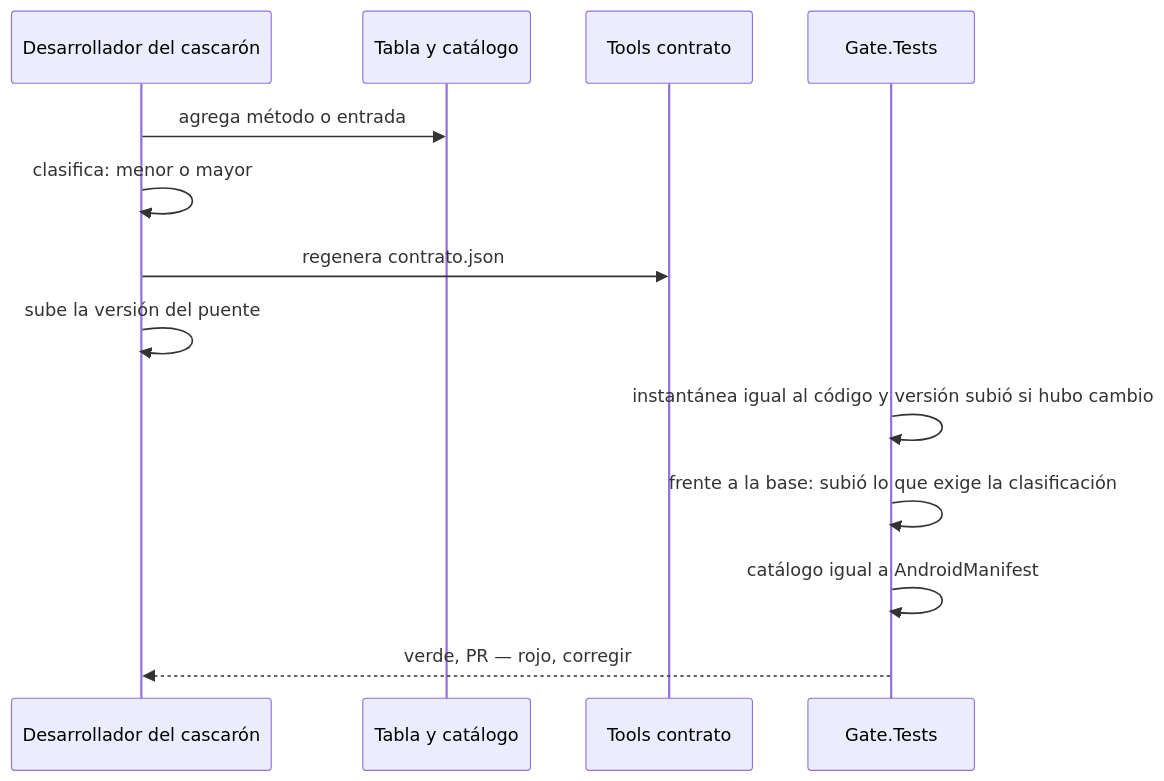
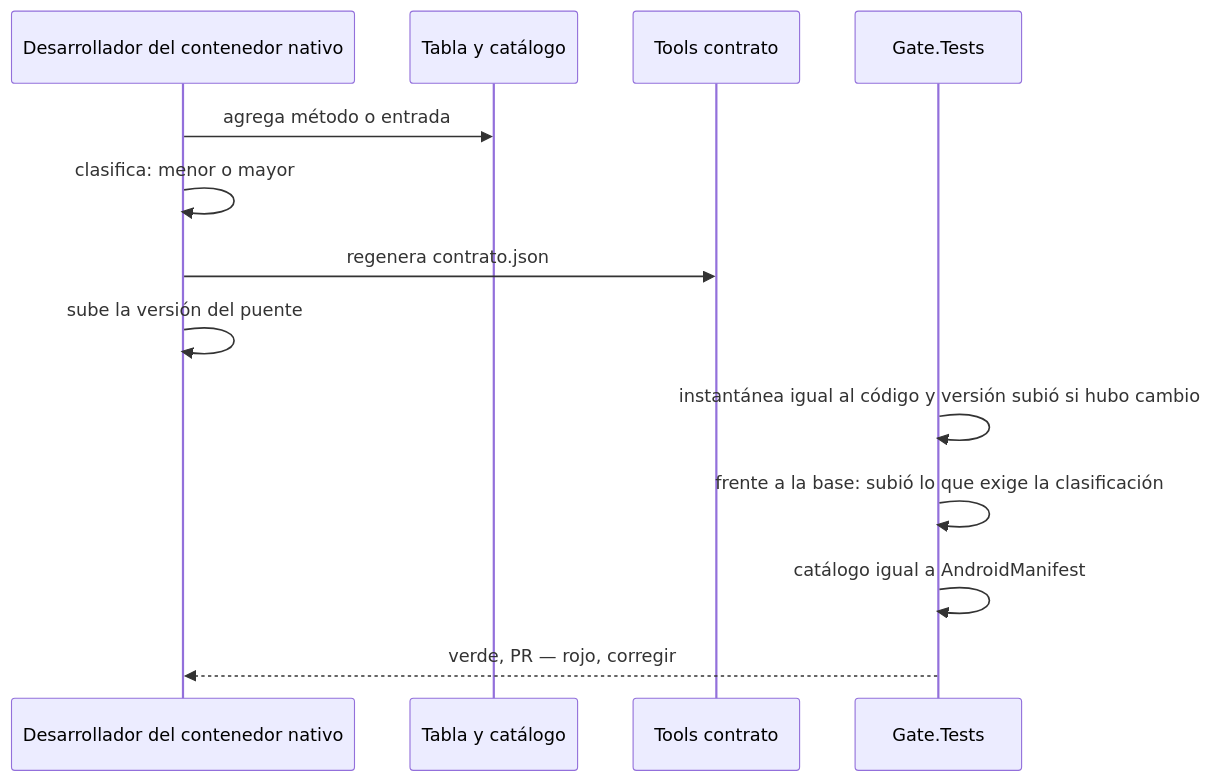
One commit to hdcm-dev/Lab-Documentos changed the tenth of 27 diagrams in Concepts/Framework-Concept/MAUI-Framework-Developer-Guide.md. Above: the diagram before and after it, drawn with Mermaid. The commit also changed other lines of this file and 10 other files, not shown here.

First line of the commit message:
Framework-Concept: «cascarón» → «contenedor nativo» (ADR-0001) y pauta Apple 4.7.2

````diff
--- a/Concepts/Framework-Concept/MAUI-Framework-Developer-Guide.md
+++ b/Concepts/Framework-Concept/MAUI-Framework-Developer-Guide.md
@@ -1045,15 +1045,15 @@
 ```mermaid
 sequenceDiagram
-    participant Dev as Desarrollador del cascarón
+    participant Dev as Desarrollador del contenedor nativo
     participant T as Tabla y catálogo
     participant Tool as Tools contrato
     participant G as Gate.Tests
     Dev->>T: agrega método o entrada
     Dev->>Dev: clasifica: menor o mayor
     Dev->>Tool: regenera contrato.json
     Dev->>Dev: sube la versión del puente
     G->>G: instantánea igual al código y versión subió si hubo cambio
     G->>G: frente a la base: subió lo que exige la clasificación
     G->>G: catálogo igual a AndroidManifest
     G-->>Dev: verde, PR — rojo, corregir
 ```
````
